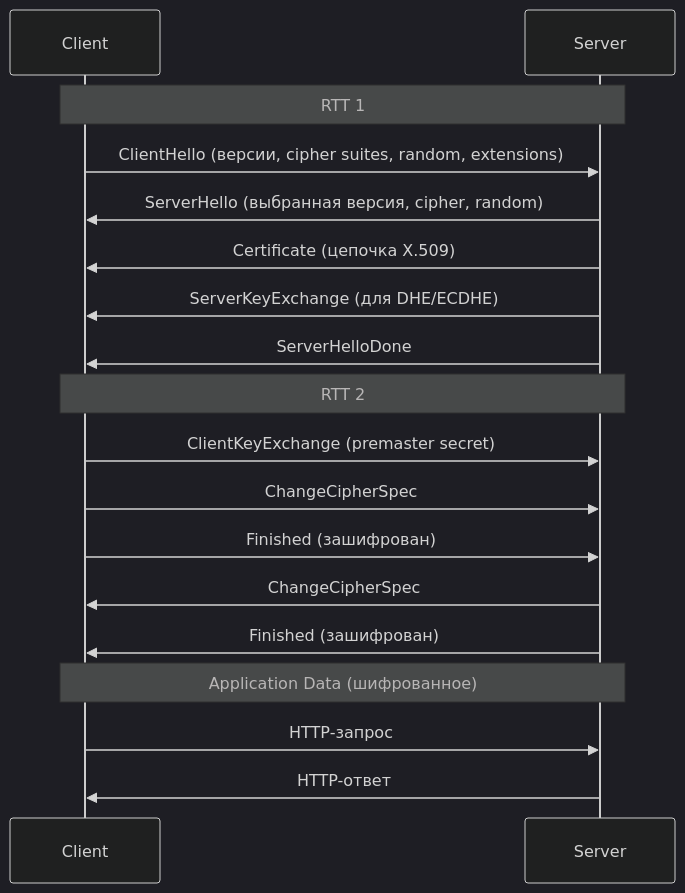
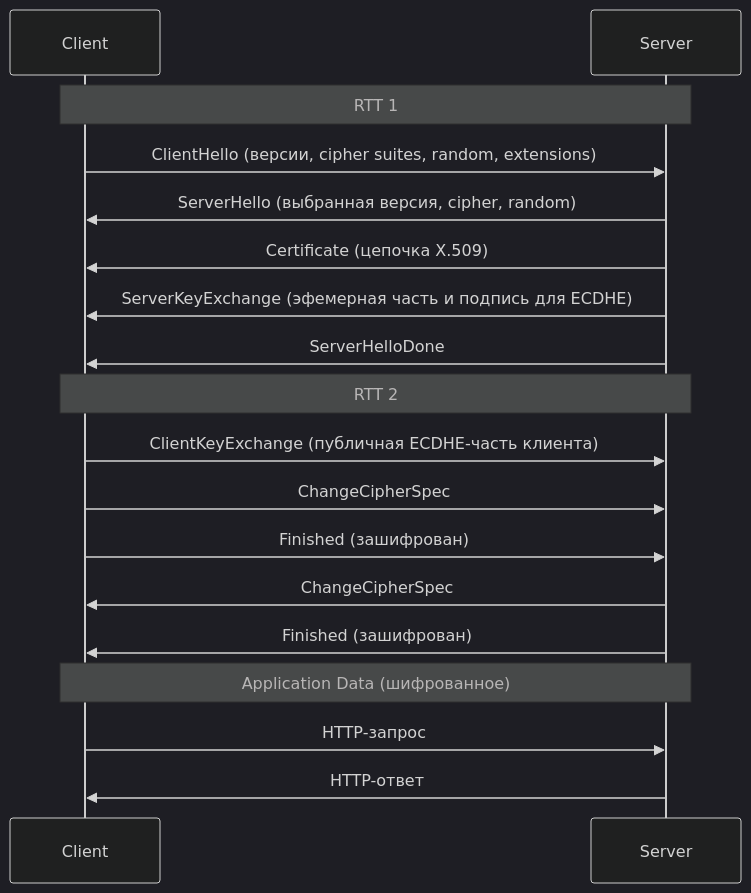
One commit to akeverus/cheat-sheet changed the first of 9 diagrams in cheatsheets/interview/security/tls-ssl-interview.md. Above: the diagram before and after it, drawn with Mermaid (dark theme). The commit also changed other lines of this file and 154 other files, not shown here.

````diff
--- a/cheatsheets/interview/security/tls-ssl-interview.md
+++ b/cheatsheets/interview/security/tls-ssl-interview.md
@@ -218,23 +216,23 @@
 ```mermaid
 sequenceDiagram
     participant C as Client
     participant S as Server
 
     Note over C,S: RTT 1
     C->>S: ClientHello (версии, cipher suites, random, extensions)
     S->>C: ServerHello (выбранная версия, cipher, random)
     S->>C: Certificate (цепочка X.509)
-    S->>C: ServerKeyExchange (для DHE/ECDHE)
+    S->>C: ServerKeyExchange (эфемерная часть и подпись для ECDHE)
     S->>C: ServerHelloDone
 
     Note over C,S: RTT 2
-    C->>S: ClientKeyExchange (premaster secret)
+    C->>S: ClientKeyExchange (публичная ECDHE-часть клиента)
     C->>S: ChangeCipherSpec
     C->>S: Finished (зашифрован)
     S->>C: ChangeCipherSpec
     S->>C: Finished (зашифрован)
 
     Note over C,S: Application Data (шифрованное)
     C->>S: HTTP-запрос
     S->>C: HTTP-ответ
 ```
````
